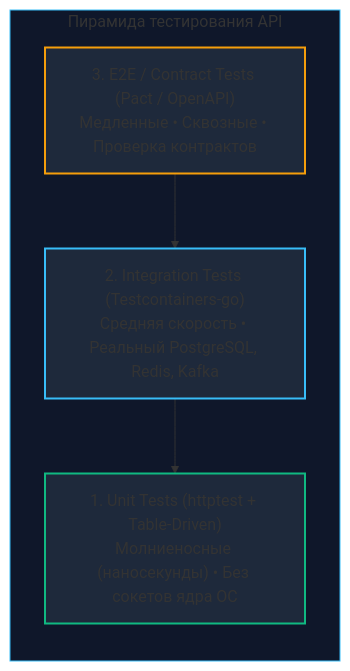
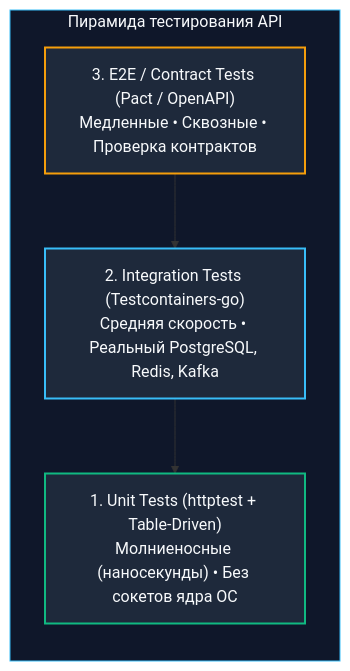
One commit to UnrealTemplier/go-textbook changed the first of 3 diagrams in sources/10. Проектирование API и Сетевые протоколы/33. API testing.md. Above: the diagram before and after it, drawn with Mermaid. The commit also changed other lines of this file and 310 other files, not shown here.

First line of the commit message:
fix(mermaid): replace light fill colors with dark palette for readability on dark theme

````diff
--- a/sources/10. Проектирование API и Сетевые протоколы/33. API testing.md
+++ b/sources/10. Проектирование API и Сетевые протоколы/33. API testing.md
@@ -20,17 +20,17 @@
 ```mermaid
 flowchart TD
     subgraph Pyramid ["Пирамида тестирования API"]
         direction TB
         E2E["3. E2E / Contract Tests (Pact / OpenAPI)<br>Медленные • Сквозные • Проверка контрактов"]
         IT["2. Integration Tests (Testcontainers-go)<br>Средняя скорость • Реальный PostgreSQL, Redis, Kafka"]
         UT["1. Unit Tests (httptest + Table-Driven)<br>Молниеносные (наносекунды) • Без сокетов ядра ОС"]
     end
 
     E2E --> IT
     IT --> UT
 
-    style Pyramid fill:#0f172a,stroke:#38bdf8,stroke-width:1px
-    style UT fill:#1e293b,stroke:#10b981,stroke-width:2px
-    style IT fill:#1e293b,stroke:#38bdf8,stroke-width:2px
-    style E2E fill:#1e293b,stroke:#f59e0b,stroke-width:2px
+    style Pyramid fill:#0f172a,stroke:#38bdf8,stroke-width:1px,color:#f8fafc
+    style UT fill:#1e293b,stroke:#10b981,stroke-width:2px,color:#f8fafc
+    style IT fill:#1e293b,stroke:#38bdf8,stroke-width:2px,color:#f8fafc
+    style E2E fill:#1e293b,stroke:#f59e0b,stroke-width:2px,color:#f8fafc
 ```
````
